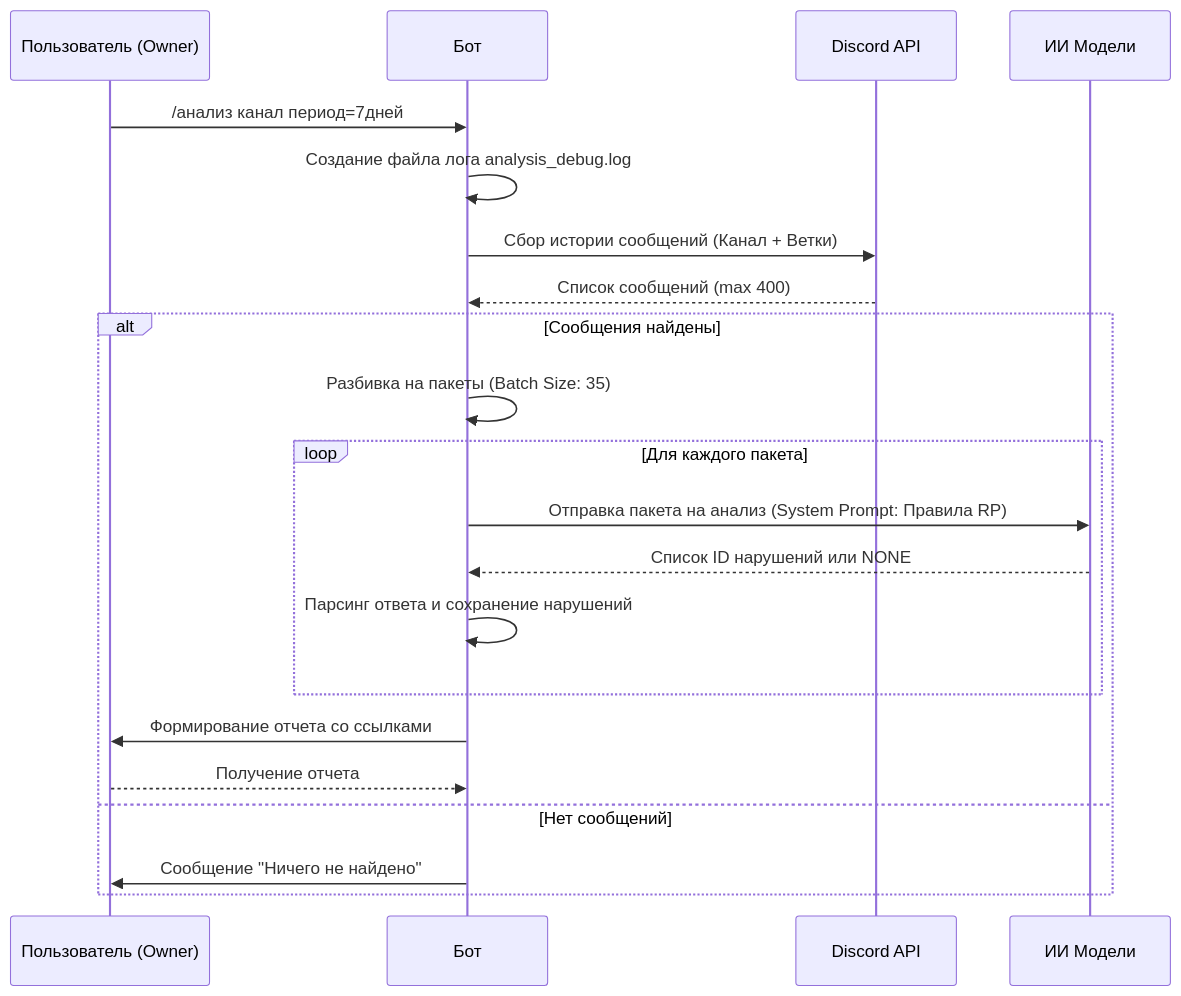
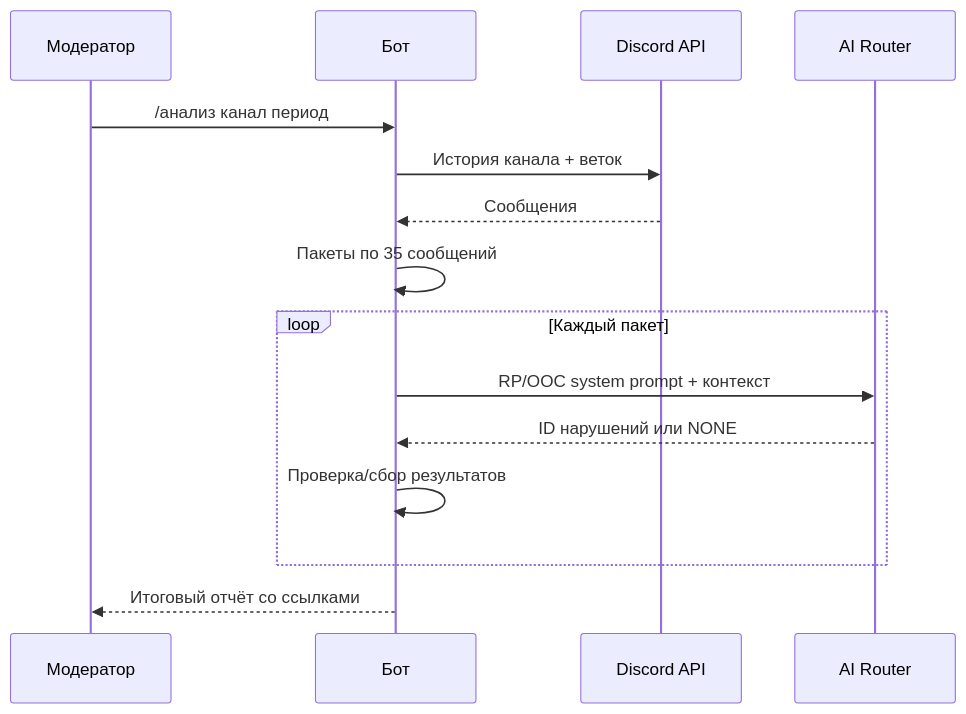
Before and after one commit to LuwnFM/psinka-bot: the third of 4 diagrams in README.md, drawn with Mermaid. The commit also changed other lines of this file and 28 other files, not shown here.

````diff
--- a/README.md
+++ b/README.md
@@ -68,25 +134,18 @@
 ```mermaid
 sequenceDiagram
-    participant U as Пользователь (Owner)
+    participant U as Модератор
     participant B as Бот
     participant D as Discord API
-    participant AI as ИИ Модели
-    
-    U->>B: /анализ канал период=7дней
-    B->>B: Создание файла лога analysis_debug.log
-    B->>D: Сбор истории сообщений (Канал + Ветки)
-    D-->>B: Список сообщений (max 400)
-    
-    alt Сообщения найдены
-        B->>B: Разбивка на пакеты (Batch Size: 35)
-        loop Для каждого пакета
-            B->>AI: Отправка пакета на анализ (System Prompt: Правила RP)
-            AI-->>B: Список ID нарушений или NONE
-            B->>B: Парсинг ответа и сохранение нарушений
-        end
-        B->>U: Формирование отчета со ссылками
-        U-->>B: Получение отчета
-    else Нет сообщений
-        B->>U: Сообщение "Ничего не найдено"
+    participant AI as AI Router
+
+    U->>B: /анализ канал период
+    B->>D: История канала + веток
+    D-->>B: Сообщения
+    B->>B: Пакеты по 35 сообщений
+    loop Каждый пакет
+        B->>AI: RP/OOC system prompt + контекст
+        AI-->>B: ID нарушений или NONE
+        B->>B: Проверка/сбор результатов
     end
+    B-->>U: Итоговый отчёт со ссылками
 ```
````
